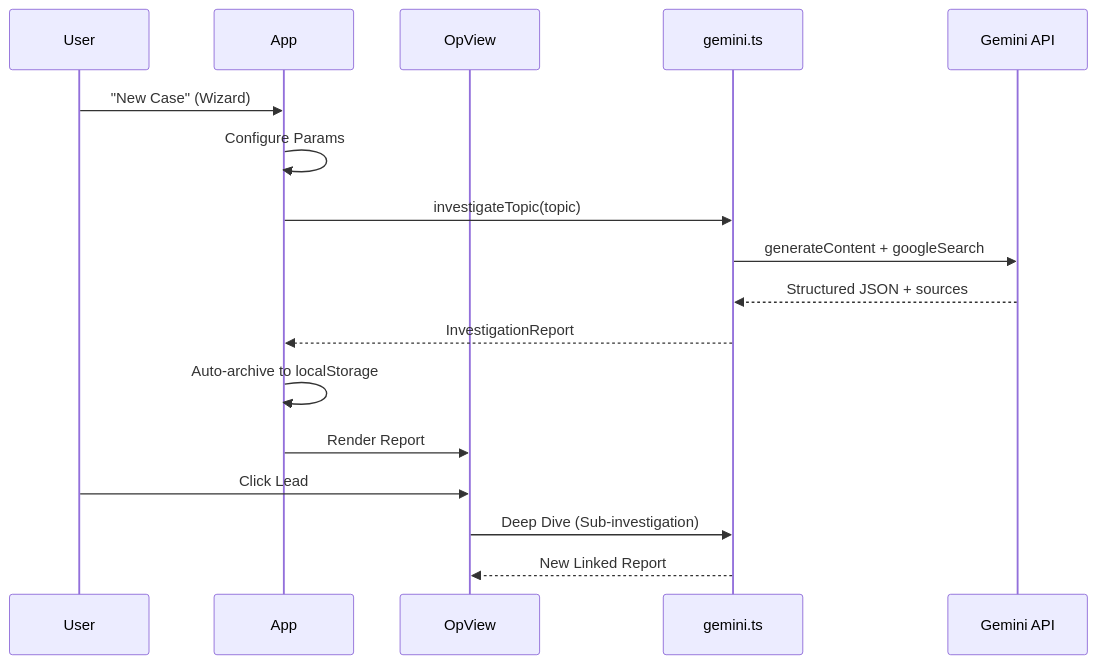
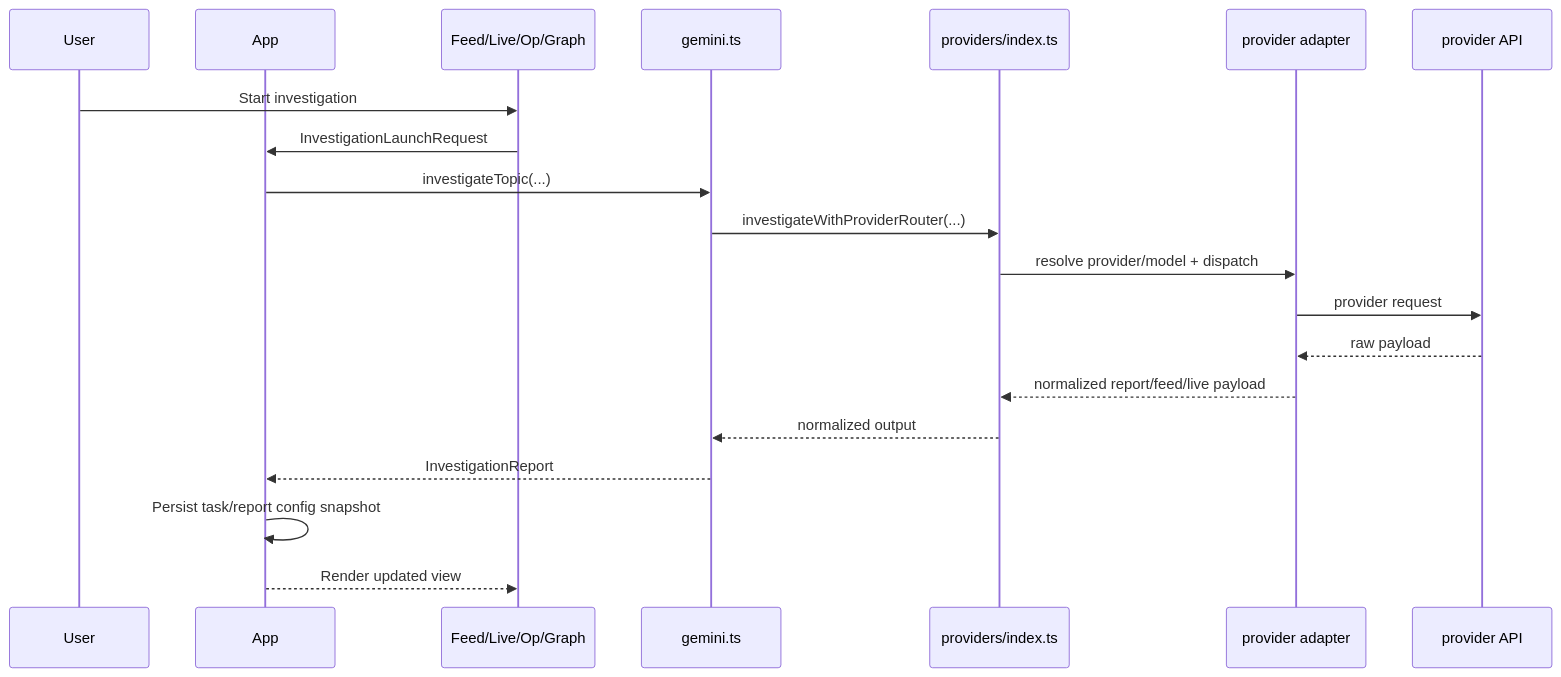
One commit to jamesnavinhill/sherlock changed the fifth of 5 diagrams in docs/architecture.md. Above: the diagram before and after it, drawn with Mermaid. The commit also changed other lines of this file and 11 other files, not shown here.

````diff
--- a/docs/architecture.md
+++ b/docs/architecture.md
@@ -256,20 +263,23 @@
 ```mermaid
 sequenceDiagram
     participant User
     participant App
-    participant OpView
-    participant Gemini as gemini.ts
-    participant GoogleAI as Gemini API
+    participant Feature as Feed/Live/Op/Graph
+    participant Facade as gemini.ts
+    participant Router as providers/index.ts
+    participant Adapter as provider adapter
+    participant Upstream as provider API
 
-    User->>App: "New Case" (Wizard)
-    App->>App: Configure Params
-    App->>Gemini: investigateTopic(topic)
-    Gemini->>GoogleAI: generateContent + googleSearch
-    GoogleAI-->>Gemini: Structured JSON + sources
-    Gemini-->>App: InvestigationReport
-    App->>App: Auto-archive to localStorage
-    App->>OpView: Render Report
-    User->>OpView: Click Lead
-    OpView->>Gemini: Deep Dive (Sub-investigation)
-    Gemini-->>OpView: New Linked Report
+    User->>Feature: Start investigation
+    Feature->>App: InvestigationLaunchRequest
+    App->>Facade: investigateTopic(...)
+    Facade->>Router: investigateWithProviderRouter(...)
+    Router->>Adapter: resolve provider/model + dispatch
+    Adapter->>Upstream: provider request
+    Upstream-->>Adapter: raw payload
+    Adapter-->>Router: normalized report/feed/live payload
+    Router-->>Facade: normalized output
+    Facade-->>App: InvestigationReport
+    App->>App: Persist task/report config snapshot
+    App-->>Feature: Render updated view
 ```
````
